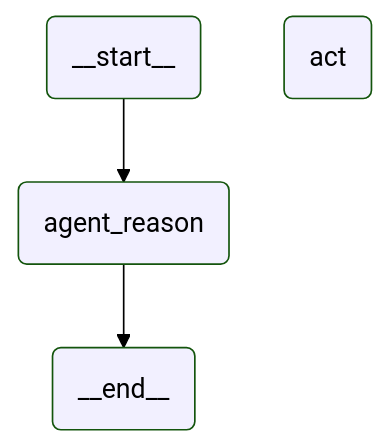
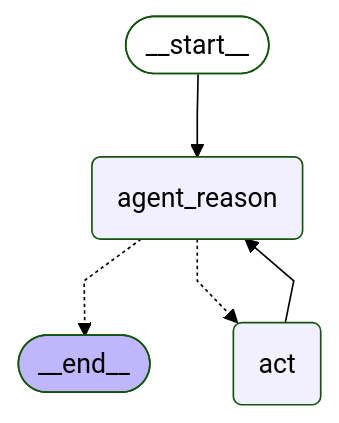
One commit to rpurser47/langgraph-react changed the diagram in README.md. Above: the diagram before and after it, drawn with Mermaid (forest theme). The commit also changed other lines of this file and 5 other files, not shown here.

Commit message:
Working version of ReAct agent based on revised version of class design

````diff
--- a/README.md
+++ b/README.md
@@ -52,17 +36,19 @@
 ``` mermaid
 ---
 config:
   flowchart:
     curve: linear
 ---
 graph TD;
-        __start__(<p>__start__</p>)
+        __start__([<p>__start__</p>]):::first
         agent_reason(agent_reason)
         act(act)
-        __end__(<p>__end__</p>)
+        __end__([<p>__end__</p>]):::last
         __start__ --> agent_reason;
-        agent_reason --> __end__;
+        act --> agent_reason;
+        agent_reason -.-> __end__;
+        agent_reason -.-> act;
         classDef default fill:#f2f0ff,line-height:1.2
         classDef first fill-opacity:0
         classDef last fill:#bfb6fc
 ```
````
